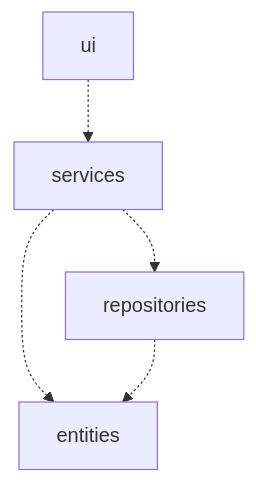
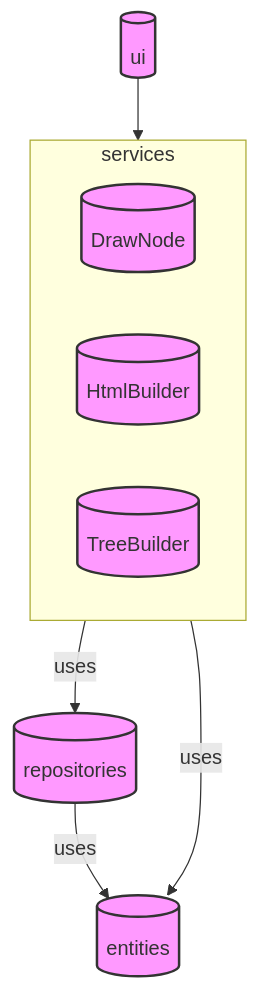
One commit to gitelras/html-editori changed the diagram in dokumentaatio/arkkitehtuuri.md. Above: the diagram before and after it, drawn with Mermaid.

````diff
--- a/dokumentaatio/arkkitehtuuri.md
+++ b/dokumentaatio/arkkitehtuuri.md
@@ -5,12 +5,20 @@
 ```mermaid
 graph TD;
-    ui["ui"]
-    services["services"]
-    repositories["repositories"]
-    entities["entities"]
+    subgraph services ["services"]
+        DrawNode[("DrawNode")]
+        HtmlBuilder[("HtmlBuilder")]
+        TreeBuilder[("TreeBuilder")]
+    end
 
-    ui -.-> services
-    services -.-> repositories
-    services -.-> entities
-    repositories -.-> entities
+    ui[("ui")]
+    repositories[("repositories")]
+    entities[("entities")]
+
+    ui --> services
+    services -->|uses| repositories
+    services -->|uses| entities
+    repositories -->|uses| entities
+
+    classDef default fill:#f9f,stroke:#333,stroke-width:2px;
+    linkStyle default interpolate basis
 ```
````
